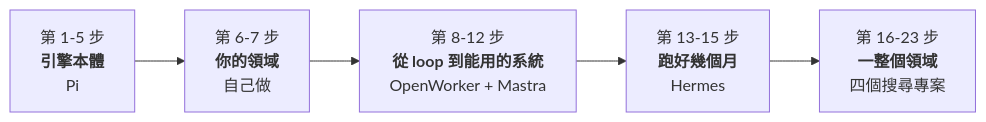
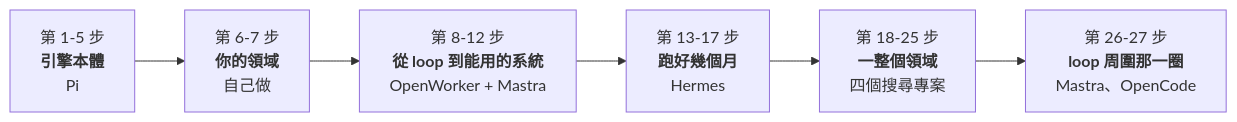
Before and after one commit to whereissam/learn-agent-engineering-from-production: the second of 2 diagrams in README.zh-TW.md, drawn with Mermaid. The commit also changed other lines of this file and 2 other files, not shown here.

First line of the commit message:
docs: 27 steps, a fifth Hermes lesson, and a design principle earned

````diff
--- a/README.zh-TW.md
+++ b/README.zh-TW.md
@@ -67,7 +67,8 @@
 ```mermaid
 flowchart LR
     P1["第 1-5 步<br/><b>引擎本體</b><br/>Pi"] --> P2["第 6-7 步<br/><b>你的領域</b><br/>自己做"]
     P2 --> P3["第 8-12 步<br/><b>從 loop 到能用的系統</b><br/>OpenWorker + Mastra"]
-    P3 --> P4["第 13-15 步<br/><b>跑好幾個月</b><br/>Hermes"]
-    P4 --> P5["第 16-23 步<br/><b>一整個領域</b><br/>四個搜尋專案"]
+    P3 --> P4["第 13-17 步<br/><b>跑好幾個月</b><br/>Hermes"]
+    P4 --> P5["第 18-25 步<br/><b>一整個領域</b><br/>四個搜尋專案"]
+    P5 --> P6["第 26-27 步<br/><b>loop 周圍那一圈</b><br/>Mastra、OpenCode"]
 ```
````
